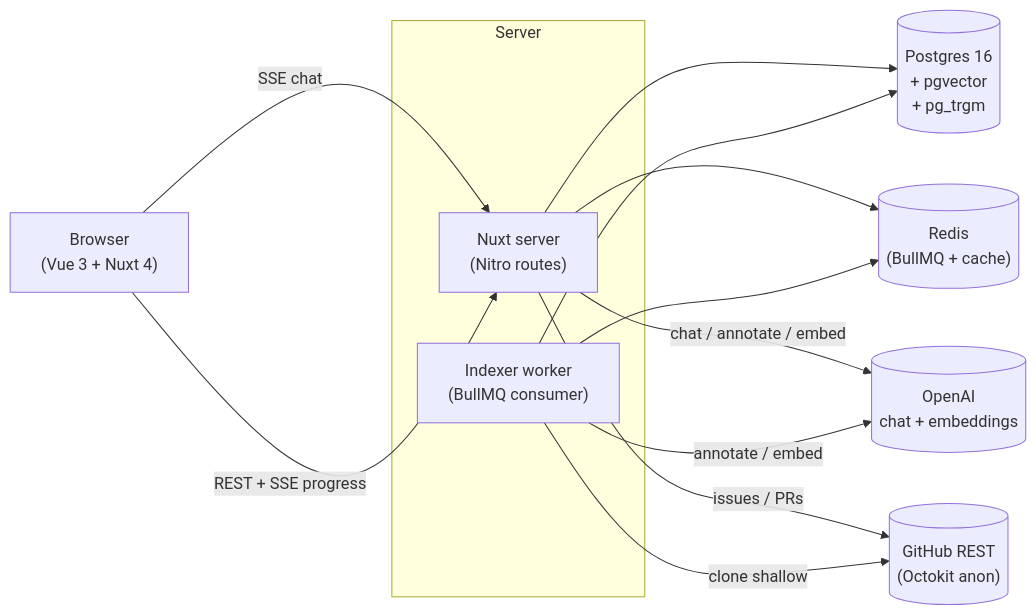
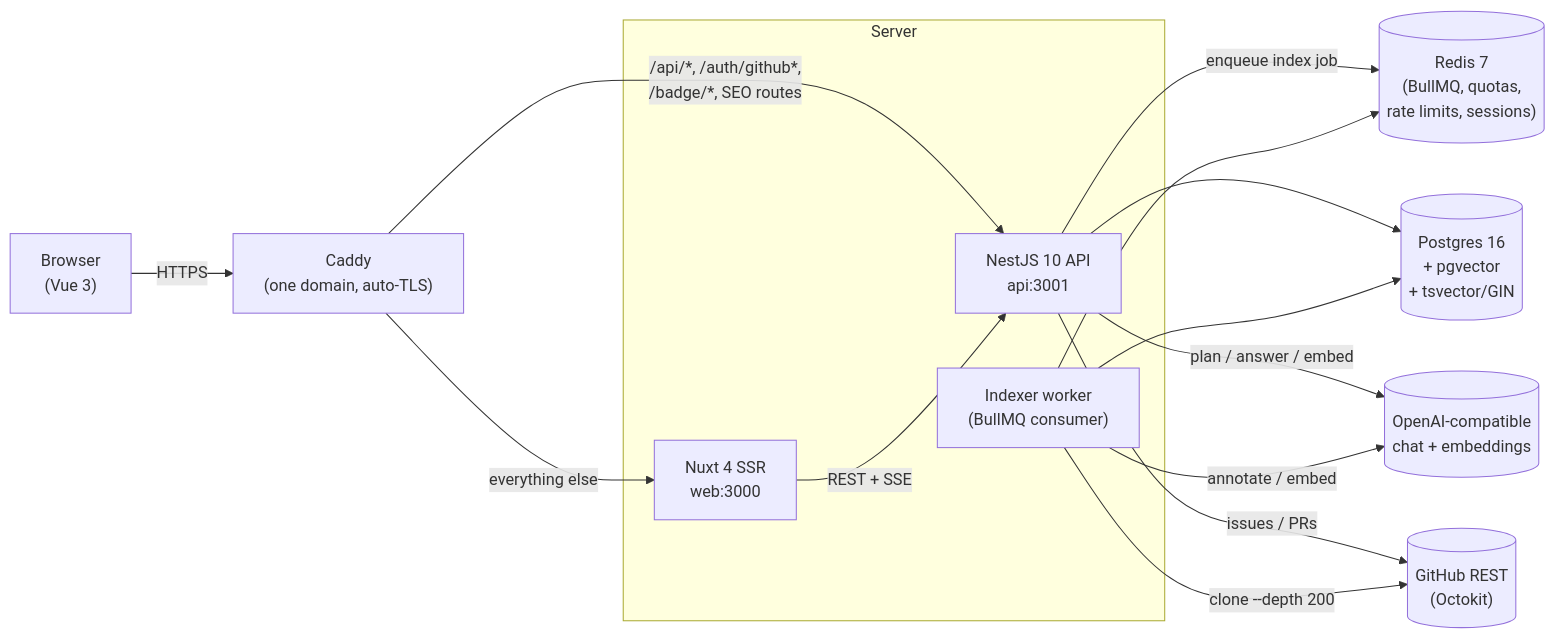
The diagram in README.md (psyspeedi/repobuddy), drawn with Mermaid before and after one commit. The commit also changed other lines of this file and 7 other files, not shown here.

````diff
--- a/README.md
+++ b/README.md
@@ -52,19 +54,25 @@
 ```mermaid
 flowchart LR
-    Browser["Browser<br/>(Vue 3 + Nuxt 4)"] -->|SSE chat| Web
-    Browser -->|REST + SSE progress| Web
+    Browser["Browser<br/>(Vue 3)"] -->|HTTPS| Caddy["Caddy<br/>(one domain, auto-TLS)"]
+
+    Caddy -->|"/api/*, /auth/github*,<br/>/badge/*, SEO routes"| API
+    Caddy -->|everything else| Web
 
     subgraph Server
-      Web["Nuxt server<br/>(Nitro routes)"]
+      Web["Nuxt 4 SSR<br/>web:3000"]
+      API["NestJS 10 API<br/>api:3001"]
       Worker["Indexer worker<br/>(BullMQ consumer)"]
     end
 
-    Web --> Postgres[("Postgres 16<br/>+ pgvector<br/>+ pg_trgm")]
+    Web -->|REST + SSE| API
+    API -->|enqueue index job| Redis[("Redis 7<br/>(BullMQ, quotas,<br/>rate limits, sessions)")]
+    Worker --> Redis
+
+    API --> Postgres[("Postgres 16<br/>+ pgvector<br/>+ tsvector/GIN")]
     Worker --> Postgres
-    Web --> Redis[("Redis<br/>(BullMQ + cache)")]
-    Worker --> Redis
-    Web -->|chat / annotate / embed| OpenAI[("OpenAI<br/>chat + embeddings")]
-    Worker -->|annotate / embed| OpenAI
-    Web -->|issues / PRs| GitHub[("GitHub REST<br/>(Octokit anon)")]
-    Worker -->|clone shallow| GitHub
+
+    API -->|plan / answer / embed| LLM[("OpenAI-compatible<br/>chat + embeddings")]
+    Worker -->|annotate / embed| LLM
+    API -->|issues / PRs| GitHub[("GitHub REST<br/>(Octokit)")]
+    Worker -->|clone --depth 200| GitHub
 ```
````
